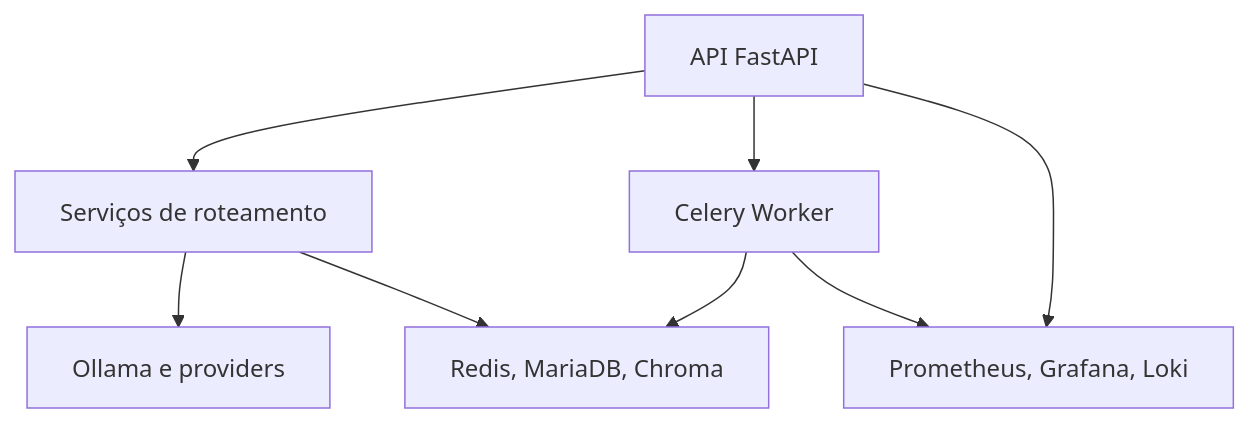
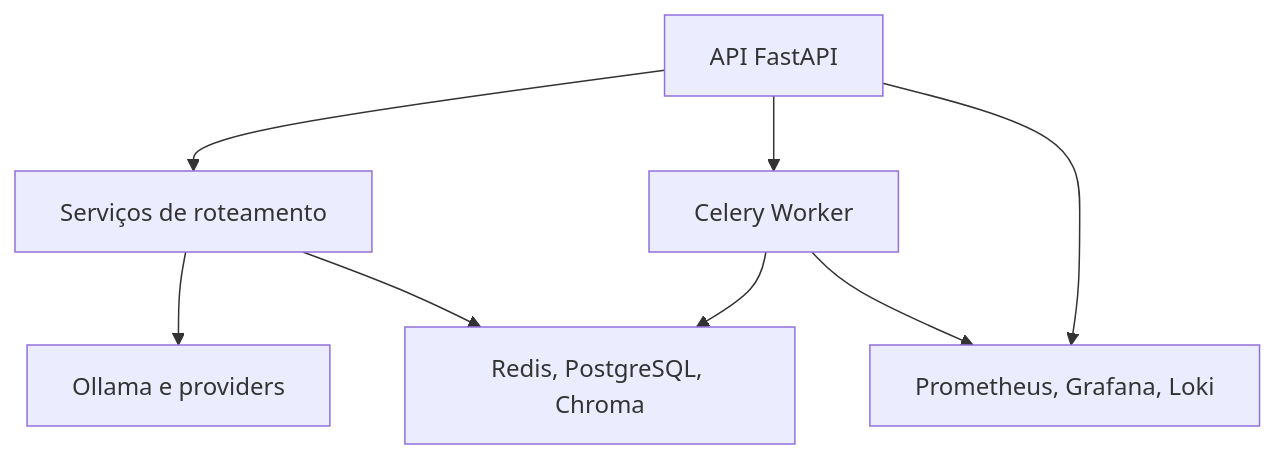
Before and after one commit to jeffersonduartebr/iag_forall: the fifth of 6 diagrams in README.md, drawn with Mermaid. The commit also changed other lines of this file and 27 other files, not shown here.

````diff
--- a/README.md
+++ b/README.md
@@ -147,16 +147,16 @@
 ```mermaid
 flowchart TD
     A[API FastAPI]
     B[Serviços de roteamento]
     C[Ollama e providers]
-    D[Redis, MariaDB, Chroma]
+    D[Redis, PostgreSQL, Chroma]
     E[Celery Worker]
     F[Prometheus, Grafana, Loki]
 
     A --> B --> C
     B --> D
     A --> E
     E --> D
     A --> F
     E --> F
 ```
````
